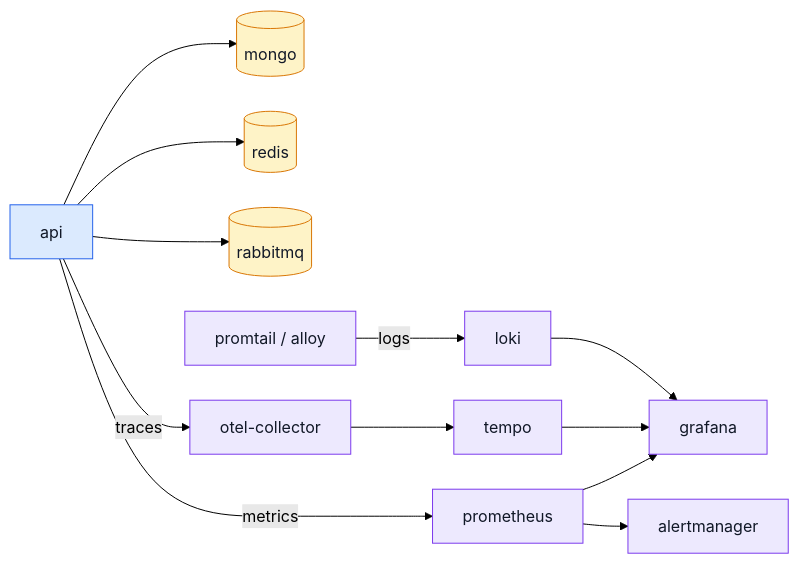
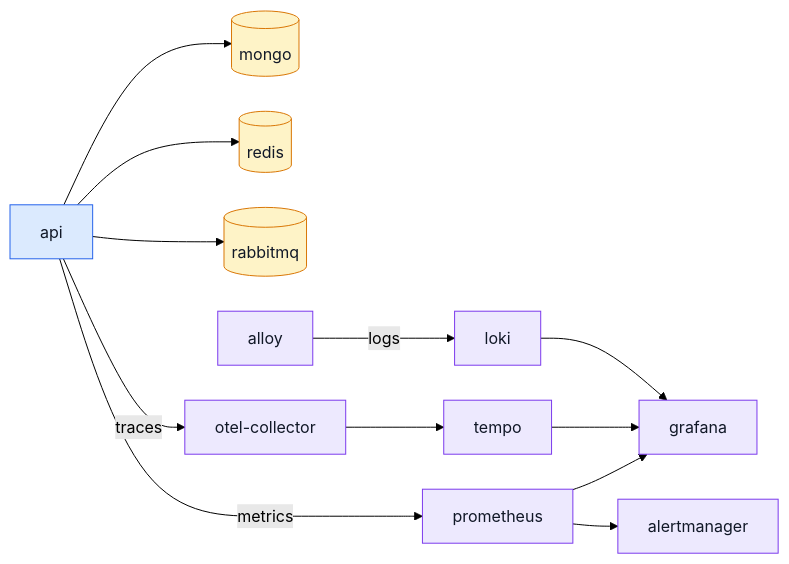
The diagram in docs/reference/ops.md (Guebbit/boilerplate-node-backend), drawn with Mermaid (forest theme) before and after one commit. The commit also changed other lines of this file and 24 other files, not shown here.

First line of the commit message:
refactor(observability): ship dev container logs with alloy, drop promtail

````diff
--- a/docs/reference/ops.md
+++ b/docs/reference/ops.md
@@ -10,22 +10,22 @@
 ```mermaid
 %%{init: {'flowchart': {'nodeSpacing': 35, 'rankSpacing': 45}}}%%
 flowchart LR
     API["api"] --> Mongo[("mongo")]
     API --> Redis[("redis")]
     API --> Rabbit[("rabbitmq")]
     API -->|traces| Otel["otel-collector"]
     API -->|metrics| Prom["prometheus"]
-    Promtail["promtail / alloy"] -->|logs| Loki["loki"]
+    Alloy["alloy"] -->|logs| Loki["loki"]
     Otel --> Tempo["tempo"]
     Prom --> Alert["alertmanager"]
     Loki --> Graf["grafana"]
     Tempo --> Graf
     Prom --> Graf
 
     classDef app fill:#dbeafe,stroke:#2563eb,color:#111827;
     classDef data fill:#fef3c7,stroke:#d97706,color:#111827;
     classDef obs fill:#ede9fe,stroke:#7c3aed,color:#111827;
     class API app;
     class Mongo,Redis,Rabbit data;
-    class Otel,Prom,Promtail,Loki,Tempo,Alert,Graf obs;
+    class Otel,Prom,Alloy,Loki,Tempo,Alert,Graf obs;
 ```
````
